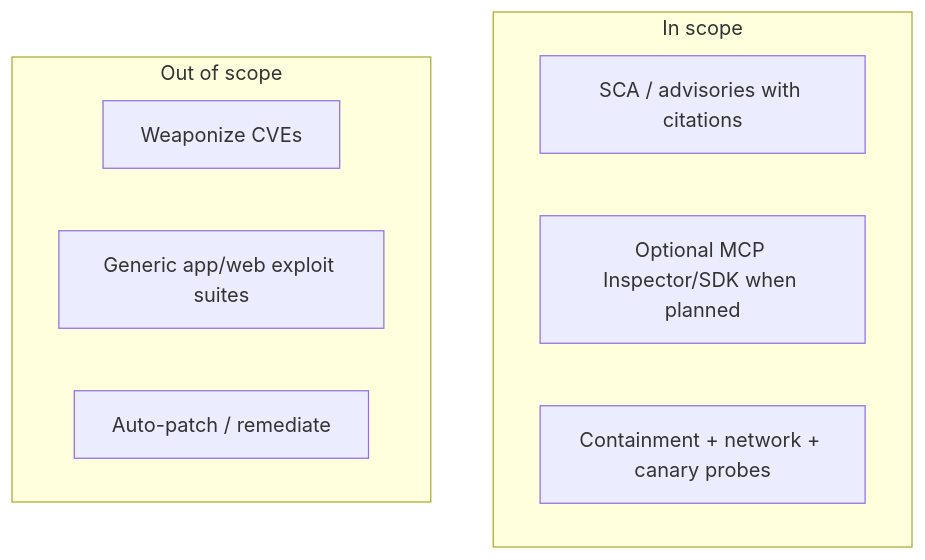
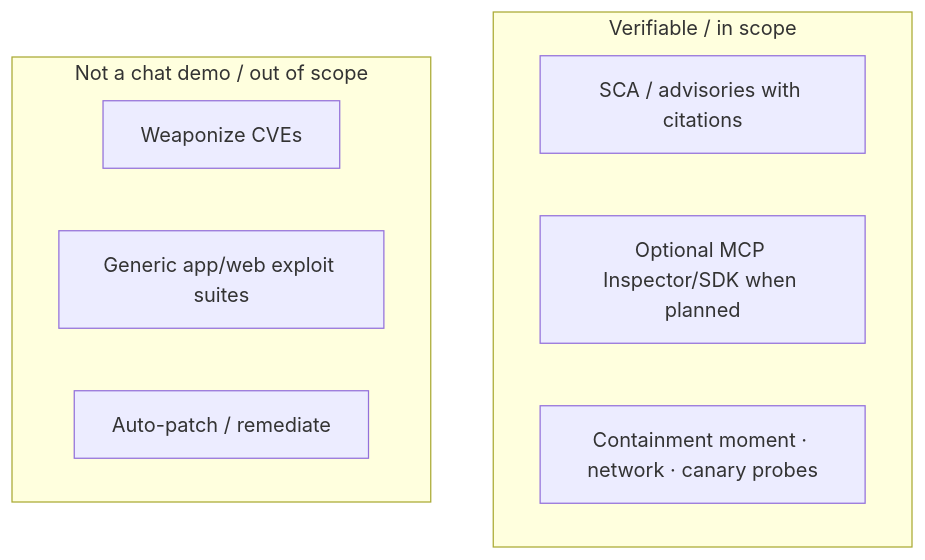
The sixth of 6 diagrams in README.md (ludvigodin/killhub), drawn with Mermaid before and after one commit. The commit also changed other lines of this file and 35 other files, not shown here.

````diff
--- a/README.md
+++ b/README.md
@@ -175,13 +175,13 @@
 ```mermaid
 flowchart TB
-  subgraph yes ["In scope"]
+  subgraph yes ["Verifiable / in scope"]
     SCA["SCA / advisories with citations"]
     MCP["Optional MCP Inspector/SDK when planned"]
-    CONT["Containment + network + canary probes"]
+    CONT["Containment moment · network · canary probes"]
   end
-  subgraph no ["Out of scope"]
+  subgraph no ["Not a chat demo / out of scope"]
     EXP["Weaponize CVEs"]
     PEN["Generic app/web exploit suites"]
     PATCH["Auto-patch / remediate"]
   end
 ```
````
